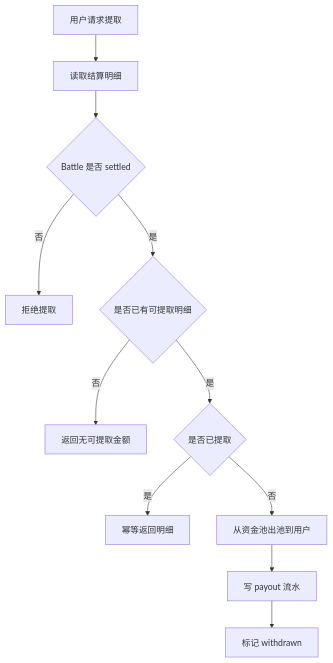
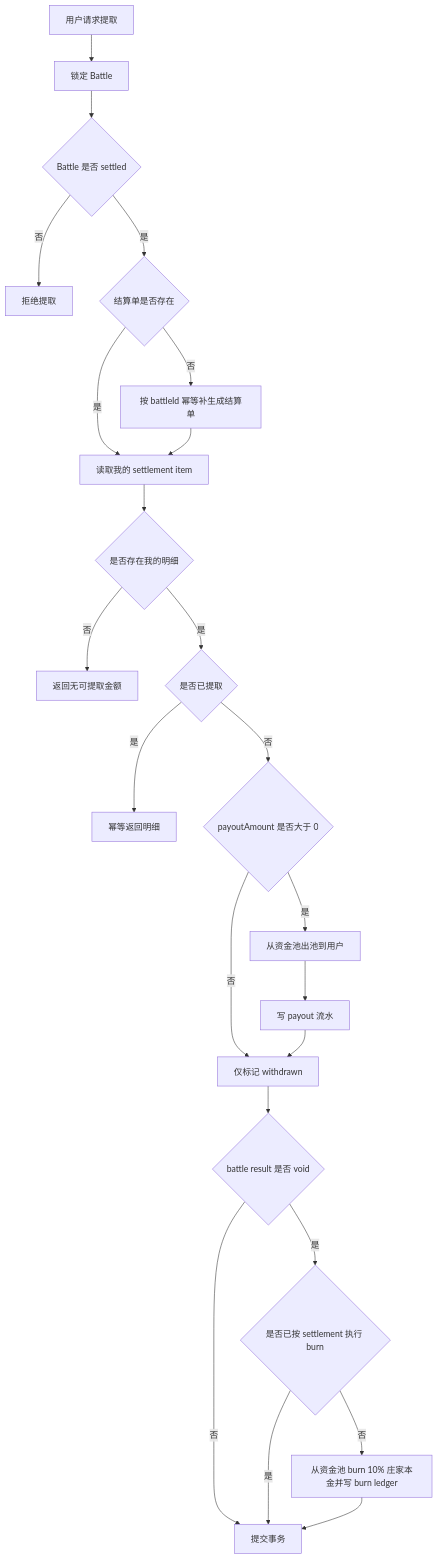
Before and after one commit to maoshuo1988/turtlepoll: the seventh of 9 diagrams in prompt/project/开战广场/01-流程图.md, drawn with Mermaid. The commit also changed other lines of this file and 23 other files, not shown here.

````diff
--- a/prompt/project/开战广场/01-流程图.md
+++ b/prompt/project/开战广场/01-流程图.md
@@ -129,13 +137,25 @@
 ```mermaid
 flowchart TD
-  A["用户请求提取"] --> B["读取结算明细"]
+  A["用户请求提取"] --> B["锁定 Battle"]
   B --> C{"Battle 是否 settled"}
   C -- "否" --> D["拒绝提取"]
-  C -- "是" --> E{"是否已有可提取明细"}
-  E -- "否" --> F["返回无可提取金额"]
-  E -- "是" --> G{"是否已提取"}
-  G -- "是" --> H["幂等返回明细"]
-  G -- "否" --> I["从资金池出池到用户"]
-  I --> J["写 payout 流水"]
-  J --> K["标记 withdrawn"]
+  C -- "是" --> E{"结算单是否存在"}
+  E -- "否" --> F["按 battleId 幂等补生成结算单"]
+  E -- "是" --> G["读取我的 settlement item"]
+  F --> G
+  G --> H{"是否存在我的明细"}
+  H -- "否" --> I["返回无可提取金额"]
+  H -- "是" --> J{"是否已提取"}
+  J -- "是" --> K["幂等返回明细"]
+  J -- "否" --> L{"payoutAmount 是否大于 0"}
+  L -- "否" --> M["仅标记 withdrawn"]
+  L -- "是" --> N["从资金池出池到用户"]
+  N --> O["写 payout 流水"]
+  O --> M
+  M --> P{"battle result 是否 void"}
+  P -- "否" --> Q["提交事务"]
+  P -- "是" --> R{"是否已按 settlement 执行 burn"}
+  R -- "是" --> Q
+  R -- "否" --> S["从资金池 burn 10% 庄家本金并写 burn ledger"]
+  S --> Q
 ```
````
